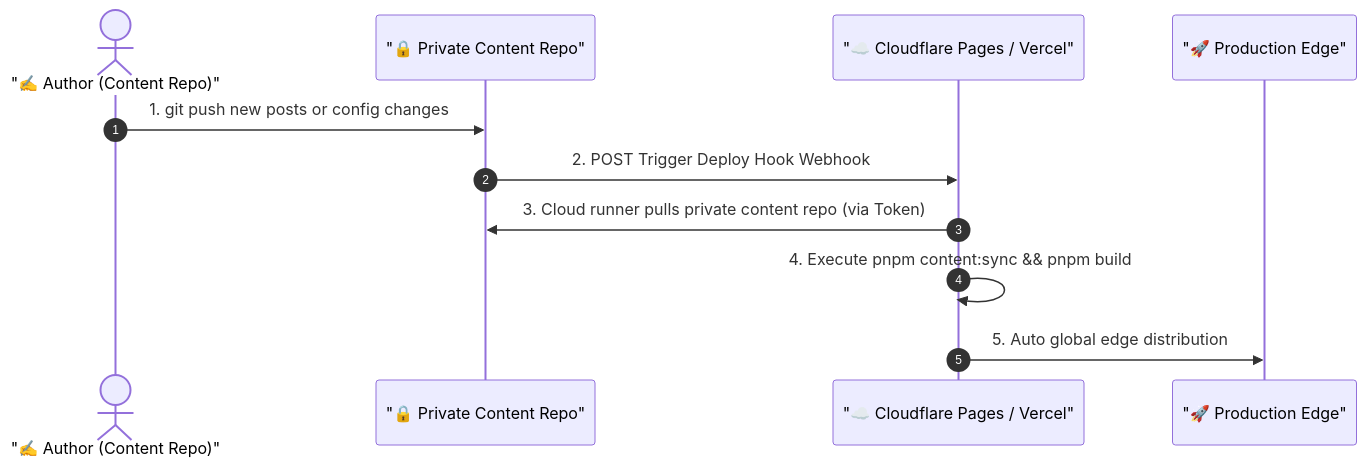
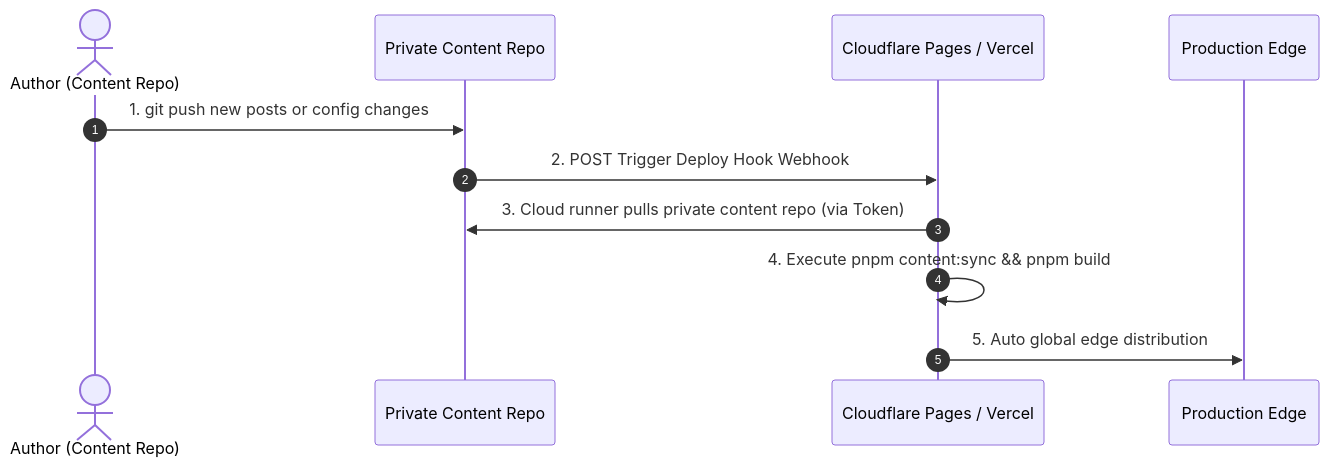
The diagram in docs/en/guide/content-separation/deploy-hooks/README.md (LyraVoid/Shirone-Docs), drawn with Mermaid before and after one commit. The commit also changed 7 other files, not shown here.

Commit message:
docs: standardize terminology in content separation guides by removing emojis from diagrams for improved clarity and consistency in both English and Chinese

````diff
--- a/docs/en/guide/content-separation/deploy-hooks/README.md
+++ b/docs/en/guide/content-separation/deploy-hooks/README.md
@@ -13,14 +13,14 @@
 ```mermaid
 sequenceDiagram
     autonumber
-    actor Author as "✍️ Author (Content Repo)"
-    participant ContentRepo as "🔒 Private Content Repo"
-    participant Cloudflare as "☁️ Cloudflare Pages / Vercel"
-    participant CDN as "🚀 Production Edge"
+    actor Author as Author (Content Repo)
+    participant ContentRepo as Private Content Repo
+    participant Cloudflare as Cloudflare Pages / Vercel
+    participant CDN as Production Edge
 
     Author->>ContentRepo: 1. git push new posts or config changes
     ContentRepo->>Cloudflare: 2. POST Trigger Deploy Hook Webhook
     Cloudflare->>ContentRepo: 3. Cloud runner pulls private content repo (via Token)
     Cloudflare->>Cloudflare: 4. Execute pnpm content:sync && pnpm build
     Cloudflare->>CDN: 5. Auto global edge distribution
 ```
````
